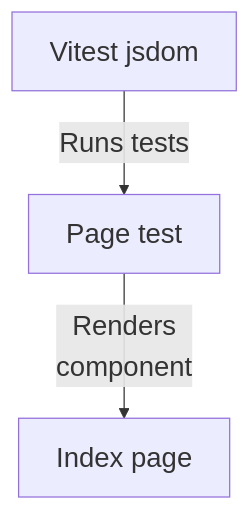
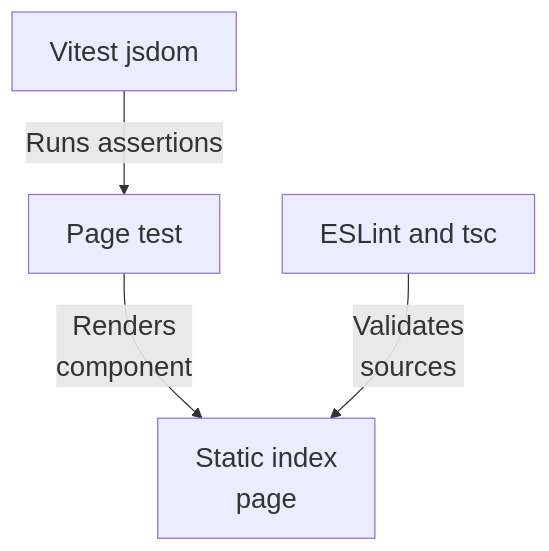
One commit to Justin-Mendoza/Afterclass changed the third of 3 diagrams in maps/frontend/README.md. Above: the diagram before and after it, drawn with Mermaid. The commit also changed other lines of this file and 83 other files, not shown here.

````diff
--- a/maps/frontend/README.md
+++ b/maps/frontend/README.md
@@ -91,9 +90,11 @@
 ```mermaid
 %%{init: {"themeVariables": {"fontSize": "22px"}}}%%
 flowchart TD
   n0["Vitest jsdom"]
   n1["Page test"]
-  n2["Index page"]
-  n0 -->|"Runs tests"| n1
+  n2["Static index<br/>page"]
+  n3["ESLint and tsc"]
+  n0 -->|"Runs assertions"| n1
   n1 -->|"Renders<br/>component"| n2
+  n3 -->|"Validates<br/>sources"| n2
 ```
````
